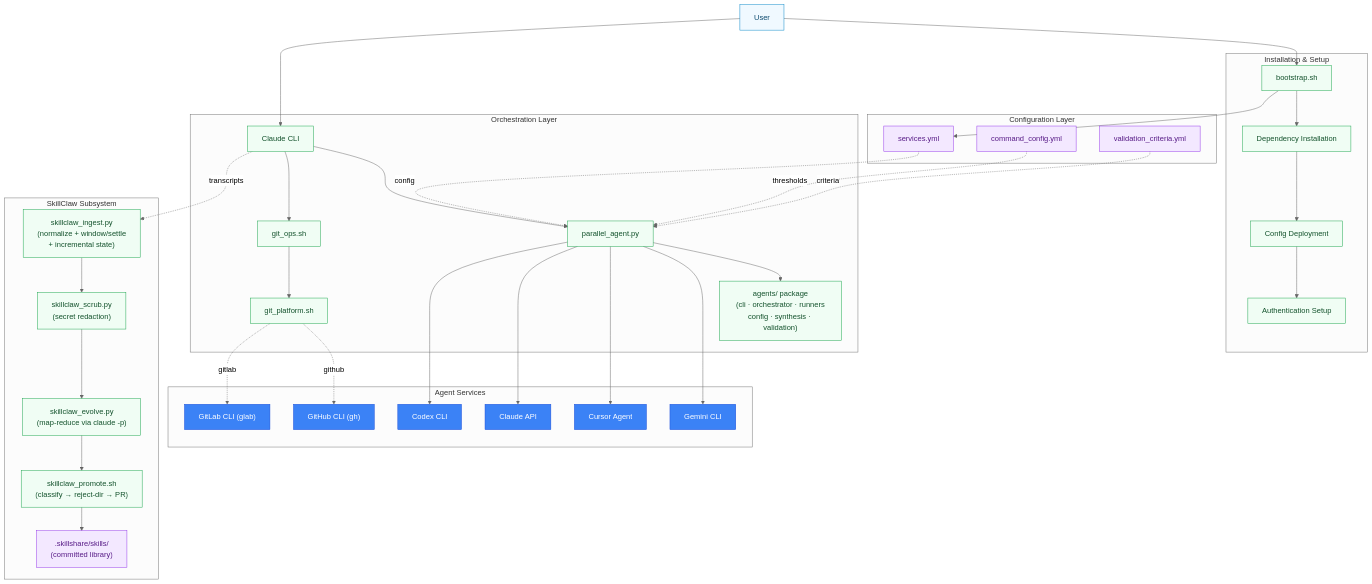
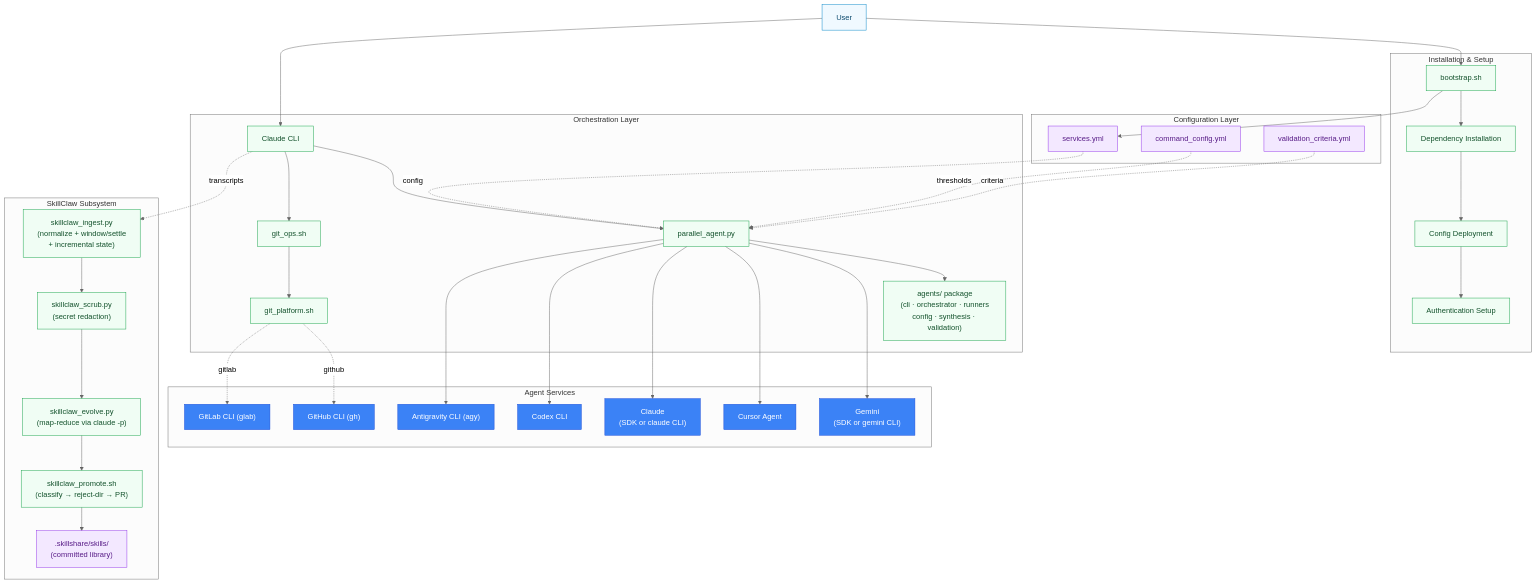
One commit to RB-chrismandich/Manifest changed the first of 17 diagrams in docs/ARCHITECTURE_DIAGRAMS.md. Above: the diagram before and after it, drawn with Mermaid. The commit also changed other lines of this file and 5 other files, not shown here.

````diff
--- a/docs/ARCHITECTURE_DIAGRAMS.md
+++ b/docs/ARCHITECTURE_DIAGRAMS.md
@@ -34,71 +36,73 @@
 ```mermaid
 %%{init: {'theme':'neutral'}}%%
 flowchart TB
     classDef input fill:#f0f9ff,stroke:#0284c7,color:#0c4a6e
     classDef process fill:#f0fdf4,stroke:#16a34a,color:#14532d
     classDef output fill:#fef3c7,stroke:#d97706,color:#78350f
     classDef config fill:#f3e8ff,stroke:#9333ea,color:#581c87
     classDef external fill:#3b82f6,stroke:#1d4ed8,color:#fff
 
     USER["User"]:::input
     BOOTSTRAP["bootstrap.sh"]:::process
     CLAUDE_CLI["Claude CLI"]:::process
 
     subgraph "Installation & Setup"
         BOOTSTRAP
         INSTALL["Dependency Installation"]:::process
         DEPLOY["Config Deployment"]:::process
         AUTH["Authentication Setup"]:::process
         BOOTSTRAP --> INSTALL --> DEPLOY --> AUTH
     end
 
     subgraph "Configuration Layer"
         SERVICES["services.yml"]:::config
         COMMAND_CFG["command_config.yml"]:::config
         VALIDATION_CFG["validation_criteria.yml"]:::config
     end
 
     subgraph "Orchestration Layer"
         CLAUDE_CLI
         PARALLEL_PY["parallel_agent.py"]:::process
         AGENTS_PKG["agents/ package\n(cli · orchestrator · runners\nconfig · synthesis · validation)"]:::process
         GIT_PLATFORM["git_platform.sh"]:::process
         GIT_OPS["git_ops.sh"]:::process
     end
 
     subgraph "Agent Services"
-        GEMINI["Gemini CLI"]:::external
+        GEMINI["Gemini<br/>(SDK or gemini CLI)"]:::external
         CURSOR["Cursor Agent"]:::external
-        CLAUDE_API["Claude API"]:::external
+        CLAUDE_API["Claude<br/>(SDK or claude CLI)"]:::external
         CODEX["Codex CLI"]:::external
+        AGY["Antigravity CLI (agy)"]:::external
         GH["GitHub CLI (gh)"]:::external
         GLAB["GitLab CLI (glab)"]:::external
     end
 
     subgraph "SkillClaw Subsystem"
         SKILLCLAW_INGEST["skillclaw_ingest.py\n(normalize + window/settle\n+ incremental state)"]:::process
         SKILLCLAW_SCRUB["skillclaw_scrub.py\n(secret redaction)"]:::process
         SKILLCLAW_EVOLVE["skillclaw_evolve.py\n(map-reduce via claude -p)"]:::process
         SKILLCLAW_PROMOTE["skillclaw_promote.sh\n(classify → reject-dir → PR)"]:::process
         SKILLSHARE[".skillshare/skills/\n(committed library)"]:::config
         SKILLCLAW_INGEST --> SKILLCLAW_SCRUB --> SKILLCLAW_EVOLVE --> SKILLCLAW_PROMOTE --> SKILLSHARE
     end
 
     USER --> BOOTSTRAP
     BOOTSTRAP --> SERVICES
     USER --> CLAUDE_CLI
     CLAUDE_CLI --> PARALLEL_PY
     PARALLEL_PY --> AGENTS_PKG
     CLAUDE_CLI --> GIT_OPS
     GIT_OPS --> GIT_PLATFORM
     GIT_PLATFORM -.->|github| GH
     GIT_PLATFORM -.->|gitlab| GLAB
     PARALLEL_PY --> GEMINI
     PARALLEL_PY --> CURSOR
     PARALLEL_PY --> CLAUDE_API
     PARALLEL_PY --> CODEX
+    PARALLEL_PY --> AGY
     SERVICES -.->|config| PARALLEL_PY
     COMMAND_CFG -.->|thresholds| PARALLEL_PY
     VALIDATION_CFG -.->|criteria| PARALLEL_PY
     CLAUDE_CLI -.->|transcripts| SKILLCLAW_INGEST
 ```
````
